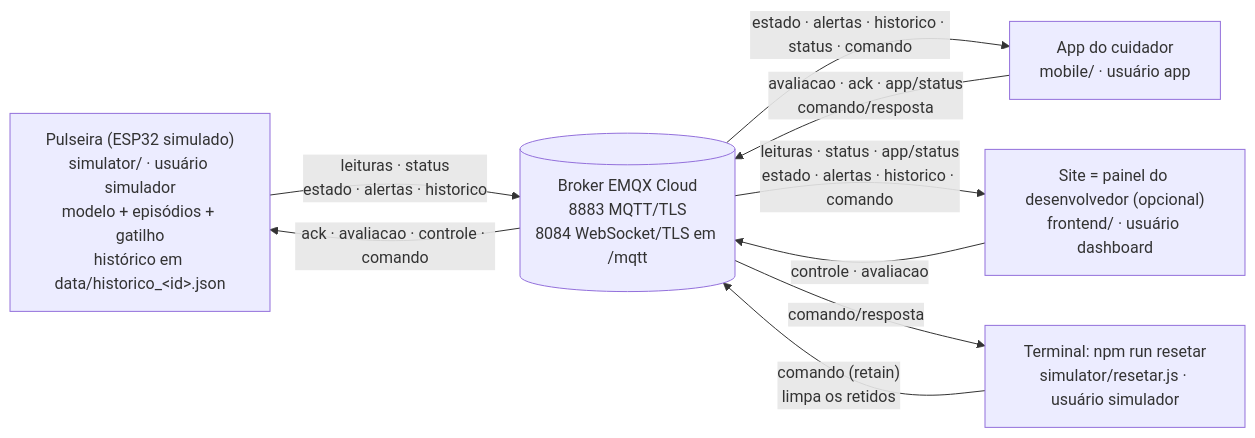
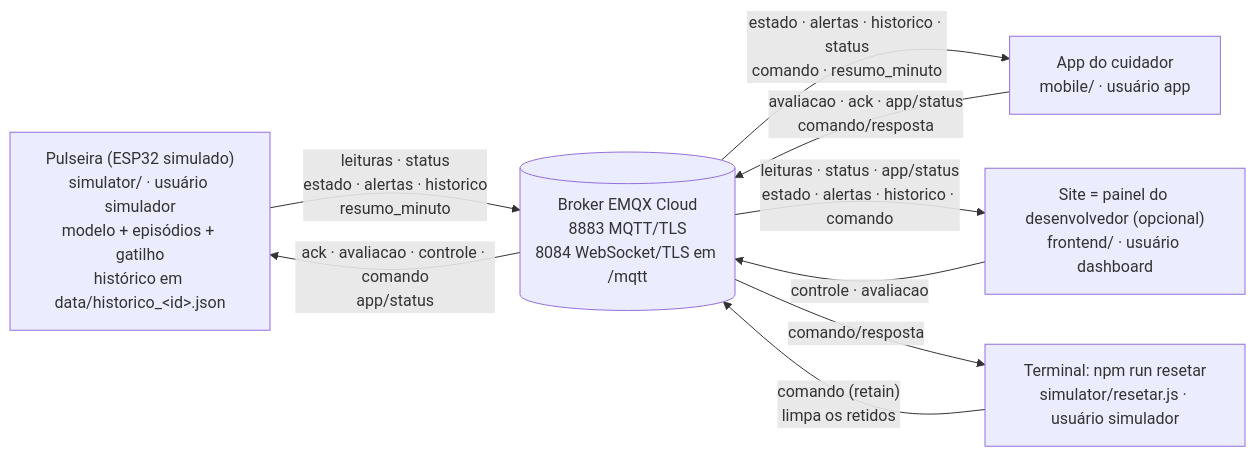
The diagram in docs/mqtt.md (murilorochasantana-ui/Puzzle-Band), drawn with Mermaid before and after one commit. The commit also changed other lines of this file and 53 other files, not shown here.

Commit message:
App: relatorio diario em Excel, metricas por episodio e resumo por minuto

````diff
--- a/docs/mqtt.md
+++ b/docs/mqtt.md
@@ -24,17 +24,17 @@
 ```mermaid
 flowchart LR
     PUL["Pulseira (ESP32 simulado)<br/>simulator/ · usuário simulador<br/>modelo + episódios + gatilho<br/>histórico em data/historico_&lt;id&gt;.json"]
     B[("Broker EMQX Cloud<br/>8883 MQTT/TLS<br/>8084 WebSocket/TLS em /mqtt")]
     APP["App do cuidador<br/>mobile/ · usuário app"]
     SITE["Site = painel do desenvolvedor (opcional)<br/>frontend/ · usuário dashboard"]
     RES["Terminal: npm run resetar<br/>simulator/resetar.js · usuário simulador"]
 
-    PUL -- "leituras · status<br/>estado · alertas · historico" --> B
-    B -- "ack · avaliacao · controle · comando" --> PUL
-    B -- "estado · alertas · historico · status · comando" --> APP
+    PUL -- "leituras · status<br/>estado · alertas · historico<br/>resumo_minuto" --> B
+    B -- "ack · avaliacao · controle · comando<br/>app/status" --> PUL
+    B -- "estado · alertas · historico · status<br/>comando · resumo_minuto" --> APP
     APP -- "avaliacao · ack · app/status<br/>comando/resposta" --> B
     B -- "leituras · status · app/status<br/>estado · alertas · historico · comando" --> SITE
     SITE -- "controle · avaliacao" --> B
     RES -- "comando (retain)<br/>limpa os retidos" --> B
     B -- "comando/resposta" --> RES
 ```
````
